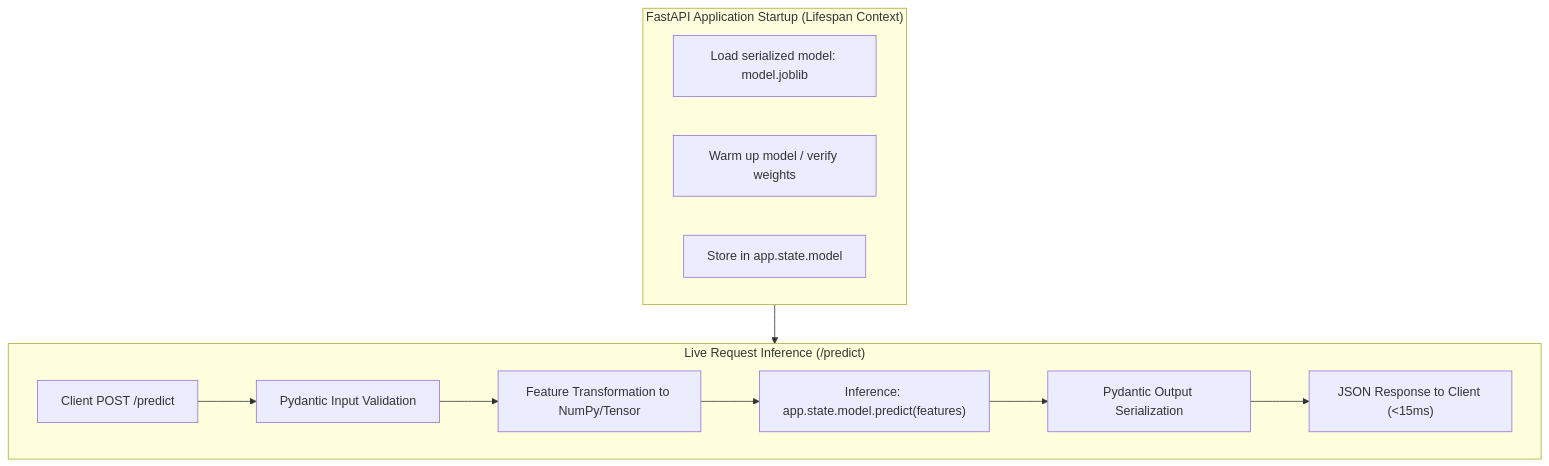
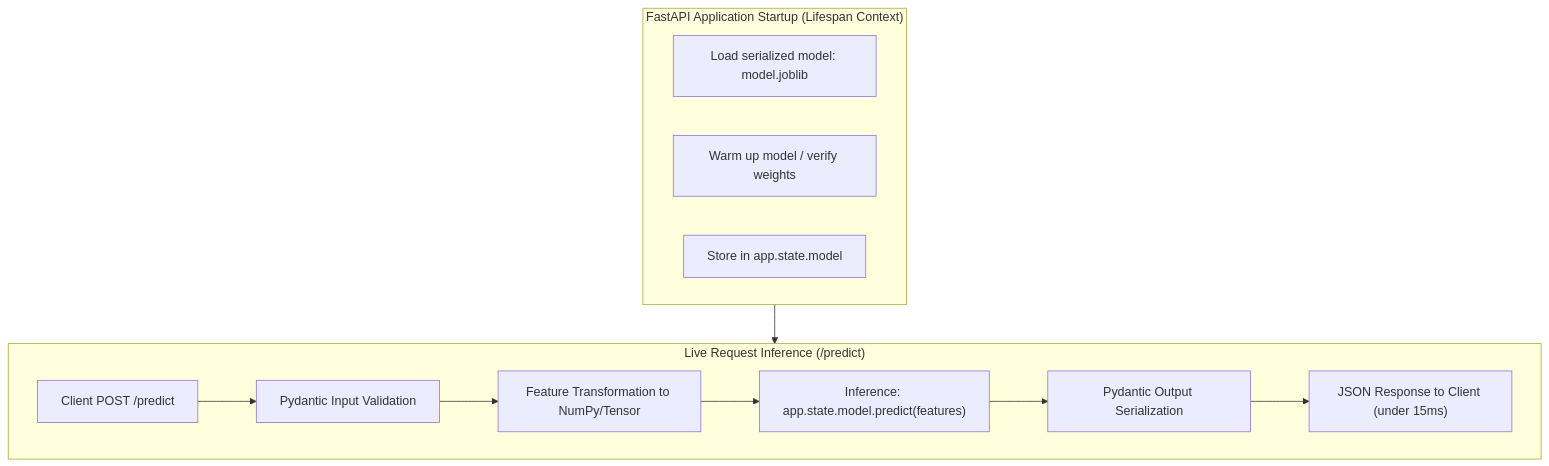
One commit to DeshDeepakKant/ai-engineering-docs changed the diagram in docs/01-backend-fastapi-docker/01-fastapi-campusx/08-serving-ml-models.md. Above: the diagram before and after it, drawn with Mermaid. The commit also changed other lines of this file and 182 other files, not shown here.

````diff
--- a/docs/01-backend-fastapi-docker/01-fastapi-campusx/08-serving-ml-models.md
+++ b/docs/01-backend-fastapi-docker/01-fastapi-campusx/08-serving-ml-models.md
@@ -39,18 +39,18 @@
 ```mermaid
 flowchart TD
     subgraph Startup["FastAPI Application Startup (Lifespan Context)"]
         L1["Load serialized model: model.joblib"]
         L2["Warm up model / verify weights"]
         L3["Store in app.state.model"]
     end
 
     subgraph Runtime["Live Request Inference (/predict)"]
         R["Client POST /predict"] --> V["Pydantic Input Validation"]
         V --> F["Feature Transformation to NumPy/Tensor"]
         F --> I["Inference: app.state.model.predict(features)"]
         I --> O["Pydantic Output Serialization"]
-        O --> C["JSON Response to Client (<15ms)"]
+        O --> C["JSON Response to Client (under 15ms)"]
     end
 
     Startup --> Runtime
 ```
````
